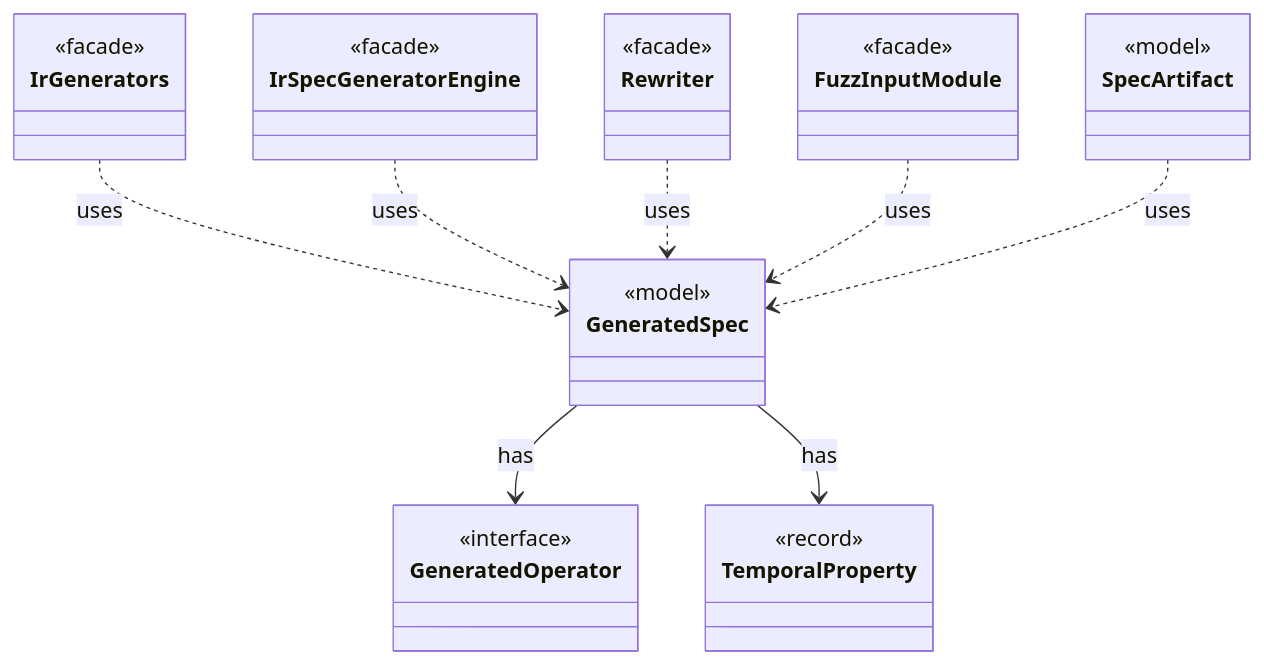
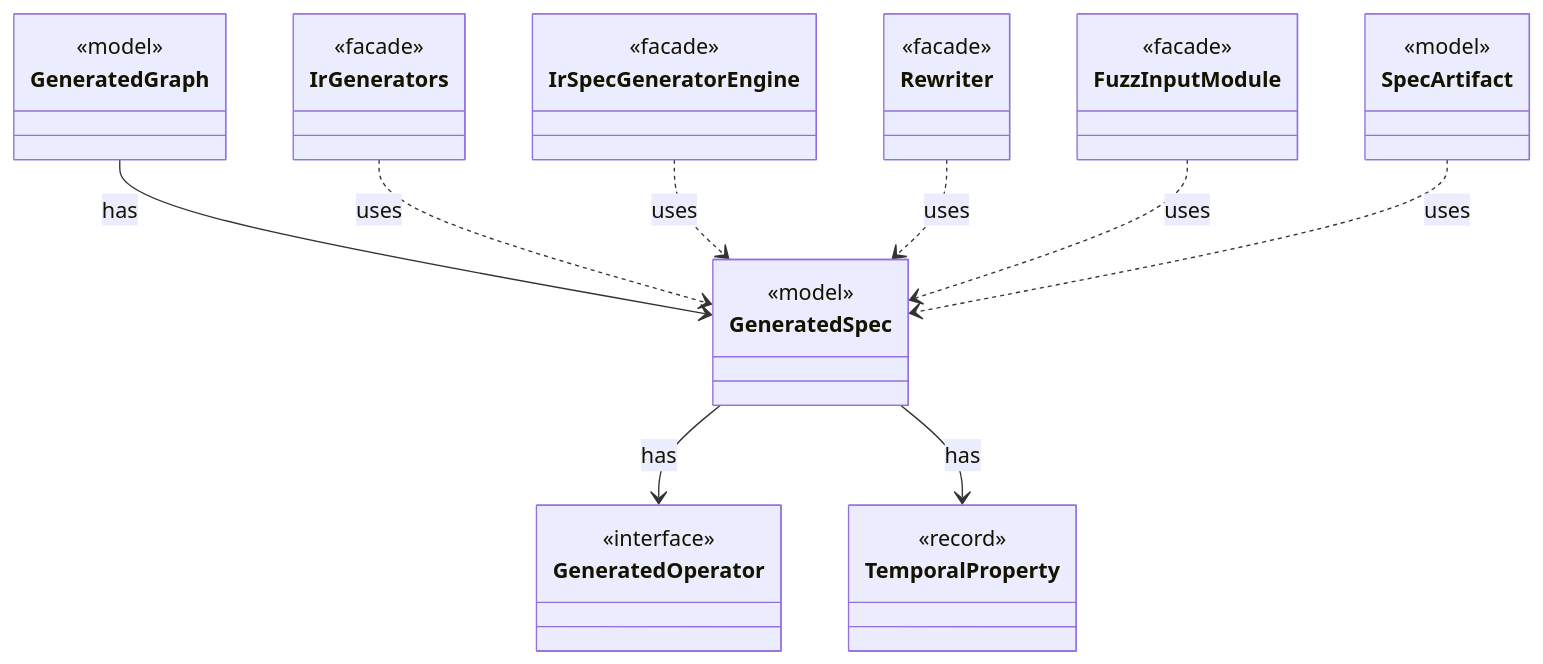
Before and after one commit to tlaplus/model-checker-hardening: the diagram in dev/types/io.github.tlaplus.hardening.gen.GeneratedSpec.md, drawn with Mermaid. The commit also changed other lines of this file and 401 other files, not shown here.

````diff
--- a/dev/types/io.github.tlaplus.hardening.gen.GeneratedSpec.md
+++ b/dev/types/io.github.tlaplus.hardening.gen.GeneratedSpec.md
@@ -7,34 +7,38 @@
 ```mermaid
 classDiagram
   class GeneratedSpec {
     <<model>>
   }
   class GeneratedOperator {
     <<interface>>
   }
   class TemporalProperty {
     <<record>>
+  }
+  class GeneratedGraph {
+    <<model>>
   }
   class IrGenerators {
     <<facade>>
   }
   class IrSpecGeneratorEngine {
     <<facade>>
   }
   class Rewriter {
     <<facade>>
   }
   class FuzzInputModule {
     <<facade>>
   }
   class SpecArtifact {
     <<model>>
   }
   GeneratedSpec --> GeneratedOperator : has
   GeneratedSpec --> TemporalProperty : has
+  GeneratedGraph --> GeneratedSpec : has
   IrGenerators ..> GeneratedSpec : uses
   IrSpecGeneratorEngine ..> GeneratedSpec : uses
   Rewriter ..> GeneratedSpec : uses
   FuzzInputModule ..> GeneratedSpec : uses
   SpecArtifact ..> GeneratedSpec : uses
 ```
````
